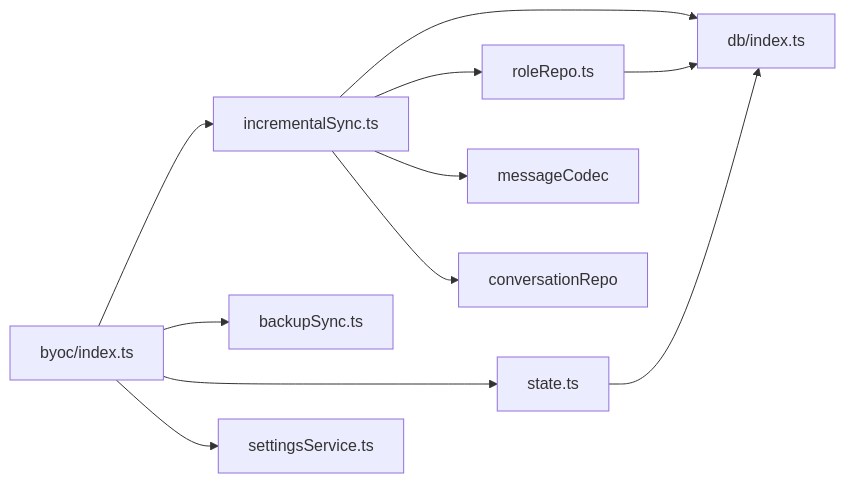
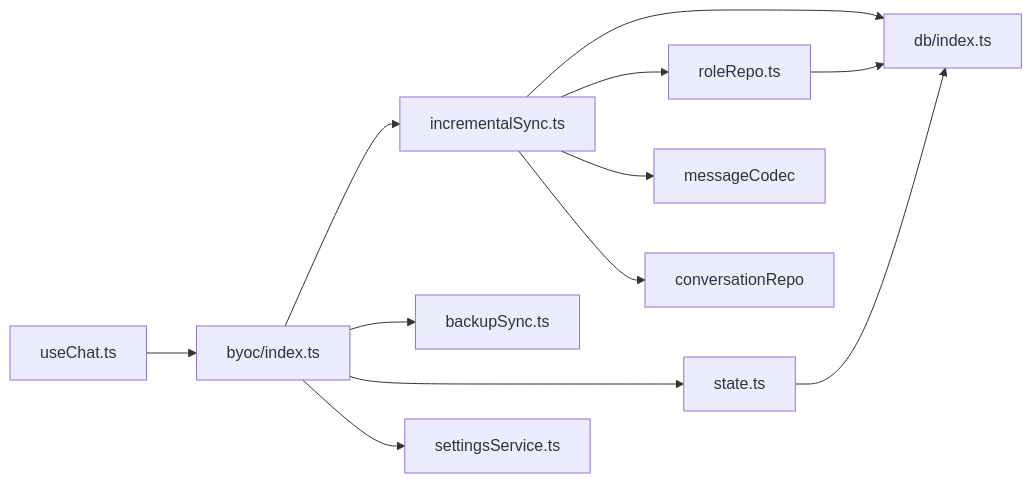
Before and after one commit to billye220670/AIShop: the fifth of 5 diagrams in .qoder/repowiki/zh/content/数据持久化/BYOC云同步系统.md, drawn with Mermaid. The commit also changed other lines of this file and 30 other files, not shown here.

First line of the commit message:
fix: 修复 BYOC 自动同步与流式输出的竞态（圆点中断、Load failed、图片不可用）

````diff
--- a/.qoder/repowiki/zh/content/数据持久化/BYOC云同步系统.md
+++ b/.qoder/repowiki/zh/content/数据持久化/BYOC云同步系统.md
@@ -275,13 +296,14 @@
 ```mermaid
 graph LR
 IDX["byoc/index.ts"] --> INC["incrementalSync.ts"]
 IDX --> BAK["backupSync.ts"]
 IDX --> ST["state.ts"]
 IDX --> CFG["settingsService.ts"]
 INC --> DB["db/index.ts"]
 INC --> ROLE["roleRepo.ts"]
 INC --> MSGC["messageCodec"]
 INC --> CONV["conversationRepo"]
 ST --> DB
 ROLE --> DB
+USECHAT["useChat.ts"] --> IDX
 ```
````
